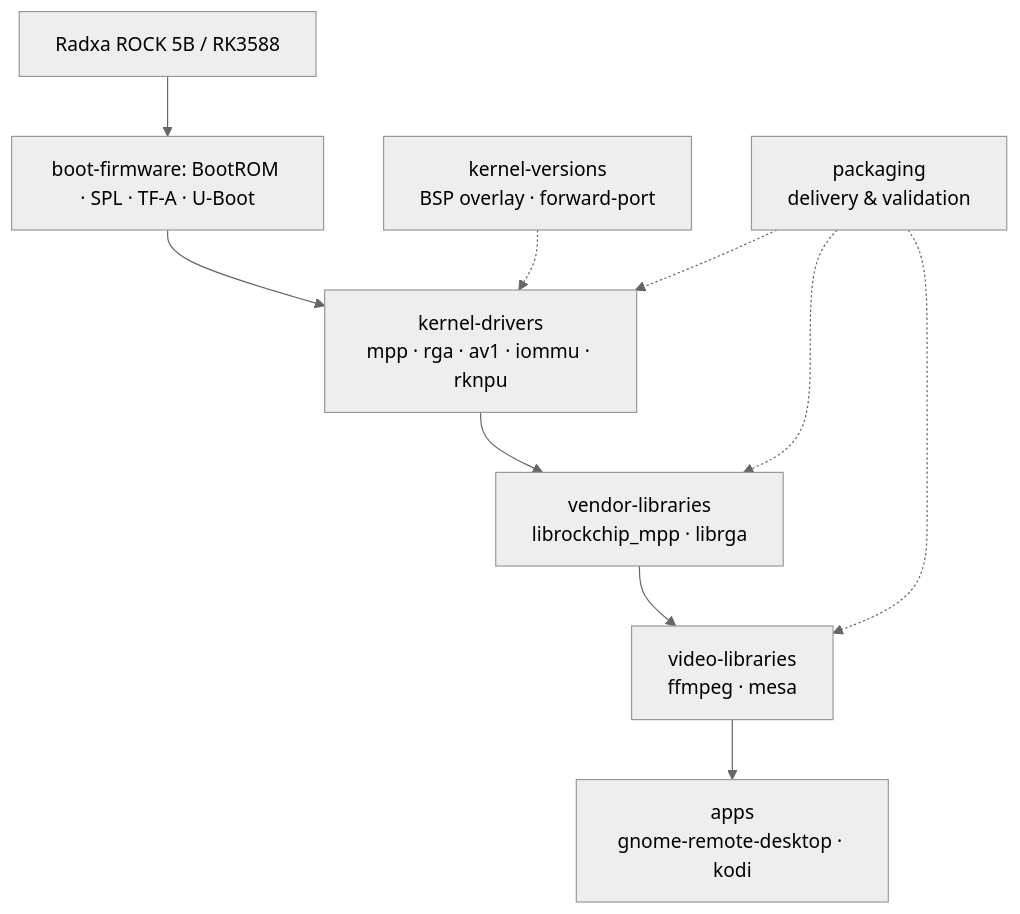
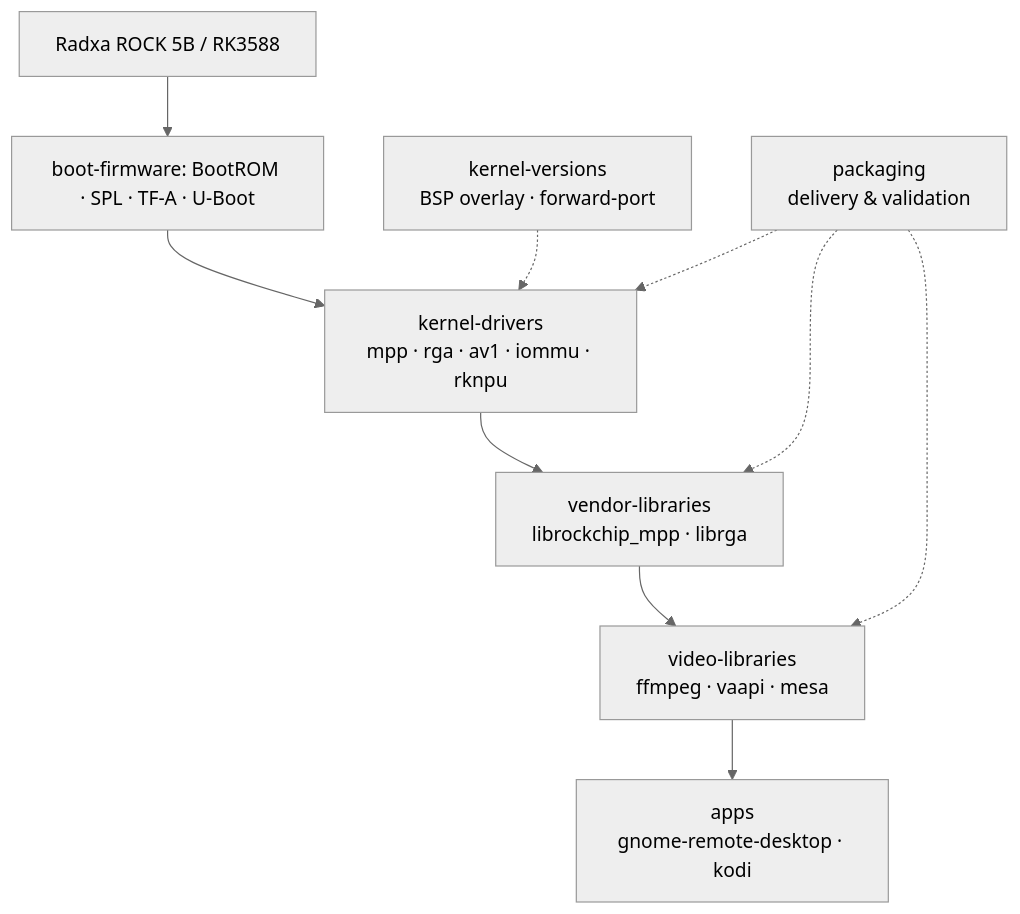
The diagram in README.md (yisding/rock-5b-ysp), drawn with Mermaid (neutral theme) before and after one commit. The commit also changed other lines of this file and 7 other files, not shown here.

````diff
--- a/README.md
+++ b/README.md
@@ -64,18 +64,18 @@
 ```mermaid
 flowchart TB
   board["Radxa ROCK 5B / RK3588"]
   boot["boot-firmware: BootROM · SPL · TF-A · U-Boot"]
   kver["kernel-versions<br/>BSP overlay · forward-port"]
   kernel["kernel-drivers<br/>mpp · rga · av1 · iommu · rknpu"]
   libs["vendor-libraries<br/>librockchip_mpp · librga"]
-  video["video-libraries<br/>ffmpeg · mesa"]
+  video["video-libraries<br/>ffmpeg · vaapi · mesa"]
   apps["apps<br/>gnome-remote-desktop · kodi"]
   packaging["packaging<br/>delivery & validation"]
 
   board --> boot --> kernel
   kver -.-> kernel
   kernel --> libs --> video --> apps
   packaging -.-> kernel
   packaging -.-> libs
   packaging -.-> video
 ```
````
